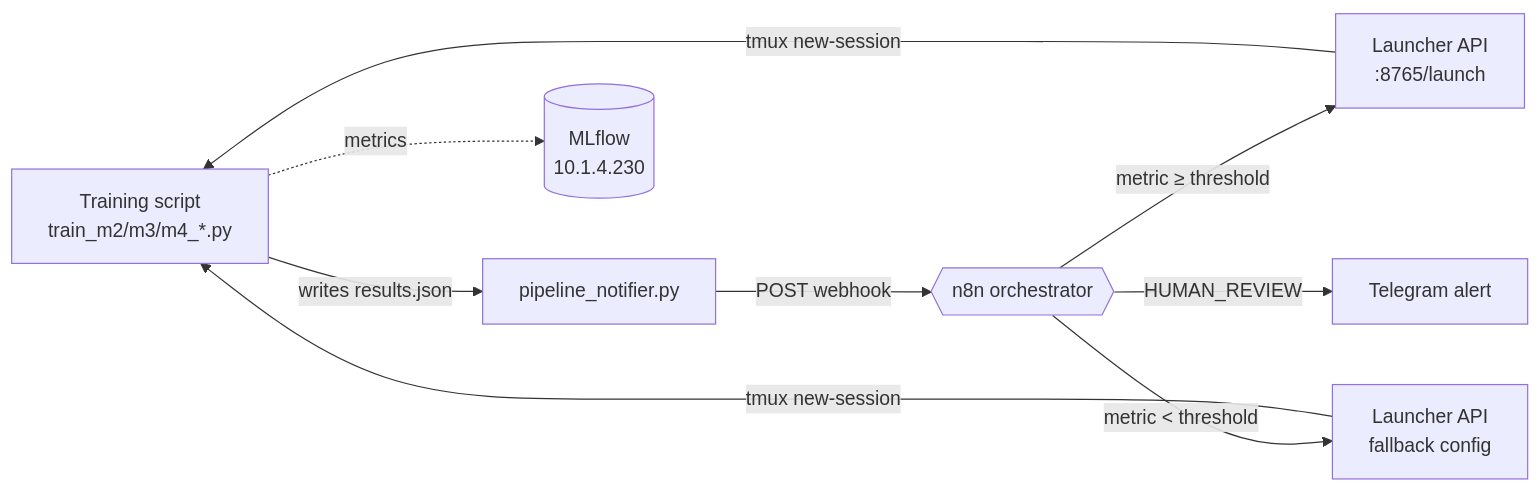
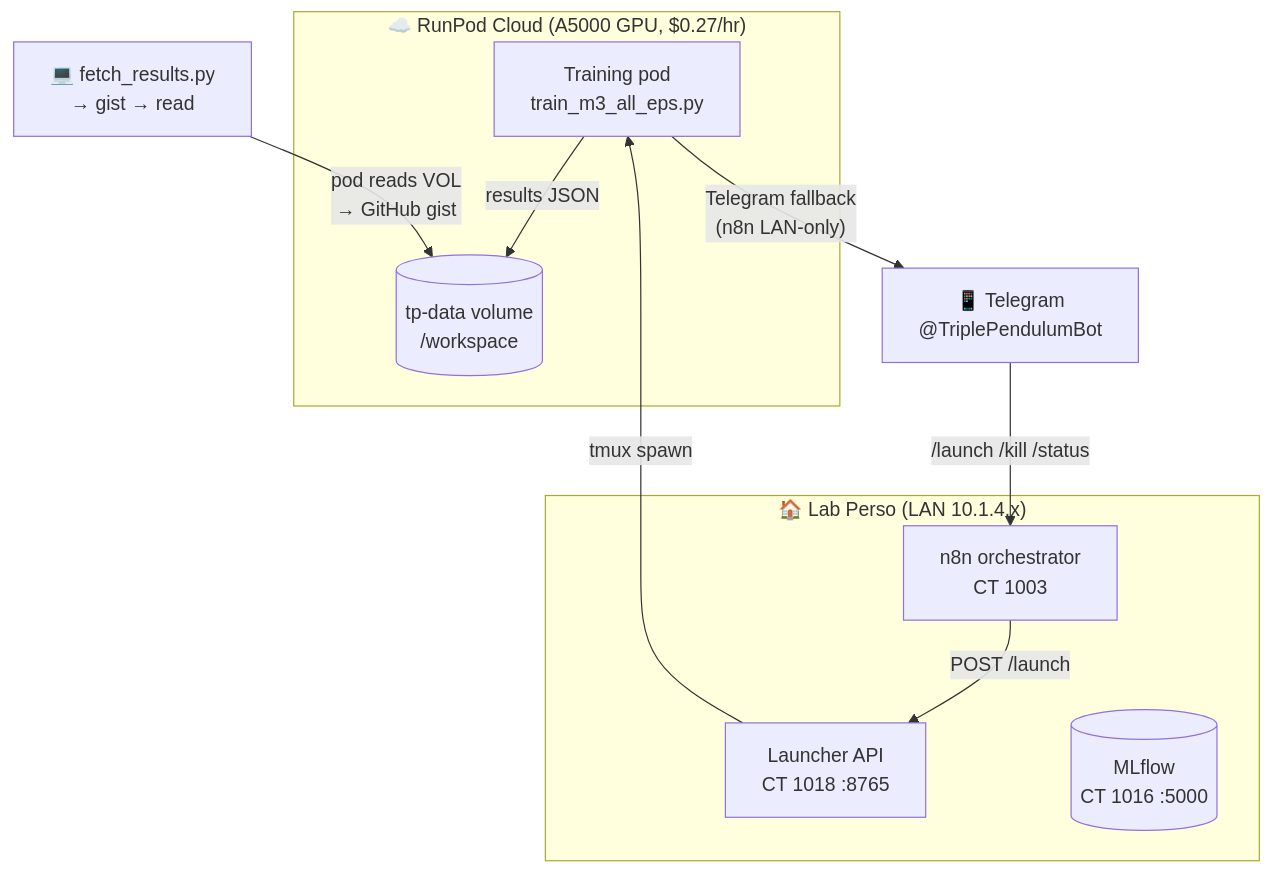
The first of 2 diagrams in README.md (fawraw/triple-pendulum-sim2real), drawn with Mermaid before and after one commit. The commit also changed other lines of this file and 1 other file, not shown here.

First line of the commit message:
[Docs] GitHub full update: README schemas + CHANGELOG evening + M3b-v3

````diff
--- a/README.md
+++ b/README.md
@@ -60,11 +60,21 @@
 ```mermaid
-flowchart LR
-    A["Training script<br/>train_m2/m3/m4_*.py"] -->|writes results.json| B[pipeline_notifier.py]
-    B -->|POST webhook| C{{n8n orchestrator}}
-    C -->|"metric &ge; threshold"| D["Launcher API<br/>:8765/launch"]
-    C -->|"metric &lt; threshold"| E["Launcher API<br/>fallback config"]
-    C -->|HUMAN_REVIEW| F[Telegram alert]
-    D -->|tmux new-session| A
-    E -->|tmux new-session| A
-    A -.->|metrics| G[("MLflow<br/>10.1.4.230")]
+flowchart TB
+    subgraph cloud["☁️ RunPod Cloud (A5000 GPU, $0.27/hr)"]
+        POD["Training pod\ntrain_m3_all_eps.py"]
+        VOL[("tp-data volume\n/workspace")]
+    end
+    subgraph lab["🏠 Lab Perso (LAN 10.1.4.x)"]
+        LAUNCHER["Launcher API\nCT 1018 :8765"]
+        N8N["n8n orchestrator\nCT 1003"]
+        MLFLOW[("MLflow\nCT 1016 :5000")]
+    end
+    TG["📱 Telegram\n@TriplePendulumBot"]
+    CLI["💻 fetch_results.py\n→ gist → read"]
+
+    POD -->|results JSON| VOL
+    POD -->|"Telegram fallback\n(n8n LAN-only)"| TG
+    N8N -->|POST /launch| LAUNCHER
+    LAUNCHER -->|tmux spawn| POD
+    TG -->|"/launch /kill /status"| N8N
+    CLI -->|"pod reads VOL\n→ GitHub gist"| VOL
 ```
````
